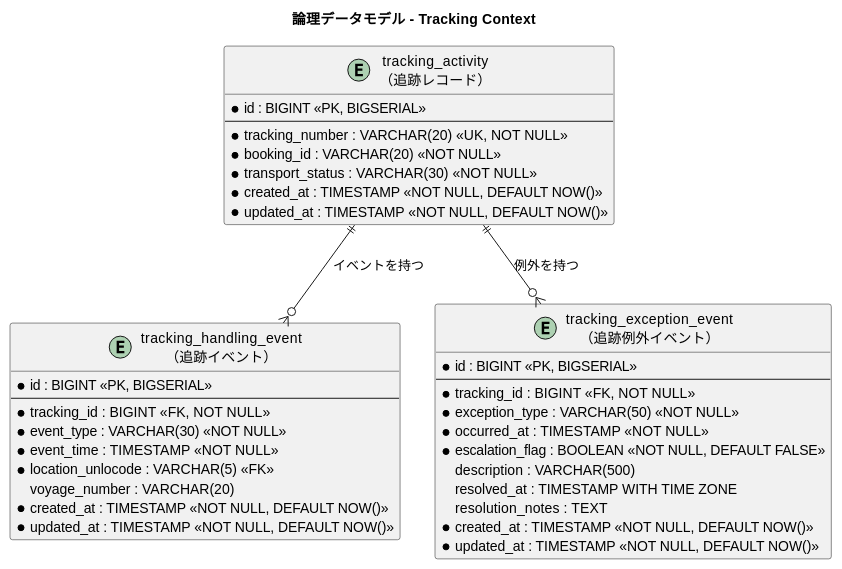
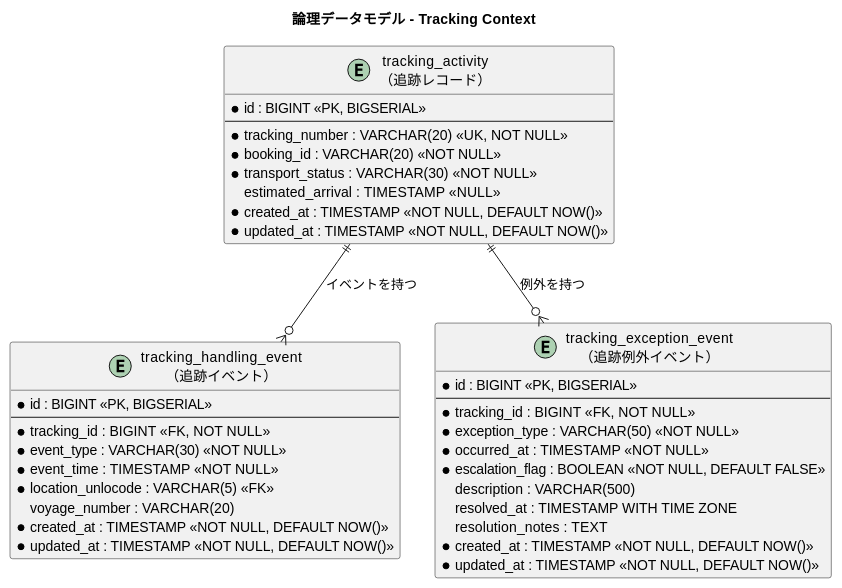
One commit to k2works/case-study-cargo-tracker changed the fifth of 9 diagrams in docs/design/data-model.md. Above: the diagram before and after it, drawn with PlantUML. The commit also changed other lines of this file and 16 other files, not shown here.

````diff
--- a/docs/design/data-model.md
+++ b/docs/design/data-model.md
@@ -412,45 +413,46 @@
 ```plantuml
 @startuml
 title 論理データモデル - Tracking Context
 
 entity "tracking_activity\n（追跡レコード）" as tracking_activity {
   * id : BIGINT <<PK, BIGSERIAL>>
   --
   * tracking_number : VARCHAR(20) <<UK, NOT NULL>>
   * booking_id : VARCHAR(20) <<NOT NULL>>
   * transport_status : VARCHAR(30) <<NOT NULL>>
+  estimated_arrival : TIMESTAMP <<NULL>>
   * created_at : TIMESTAMP <<NOT NULL, DEFAULT NOW()>>
   * updated_at : TIMESTAMP <<NOT NULL, DEFAULT NOW()>>
 }
 
 entity "tracking_handling_event\n（追跡イベント）" as tracking_handling_event {
   * id : BIGINT <<PK, BIGSERIAL>>
   --
   * tracking_id : BIGINT <<FK, NOT NULL>>
   * event_type : VARCHAR(30) <<NOT NULL>>
   * event_time : TIMESTAMP <<NOT NULL>>
   * location_unlocode : VARCHAR(5) <<FK>>
   voyage_number : VARCHAR(20)
   * created_at : TIMESTAMP <<NOT NULL, DEFAULT NOW()>>
   * updated_at : TIMESTAMP <<NOT NULL, DEFAULT NOW()>>
 }
 
 entity "tracking_exception_event\n（追跡例外イベント）" as tracking_exception_event {
   * id : BIGINT <<PK, BIGSERIAL>>
   --
   * tracking_id : BIGINT <<FK, NOT NULL>>
   * exception_type : VARCHAR(50) <<NOT NULL>>
   * occurred_at : TIMESTAMP <<NOT NULL>>
   * escalation_flag : BOOLEAN <<NOT NULL, DEFAULT FALSE>>
   description : VARCHAR(500)
   resolved_at : TIMESTAMP WITH TIME ZONE
   resolution_notes : TEXT
   * created_at : TIMESTAMP <<NOT NULL, DEFAULT NOW()>>
   * updated_at : TIMESTAMP <<NOT NULL, DEFAULT NOW()>>
 }
 
 tracking_activity ||--o{ tracking_handling_event : "イベントを持つ"
 tracking_activity ||--o{ tracking_exception_event : "例外を持つ"
 
 @enduml
 ```
````
